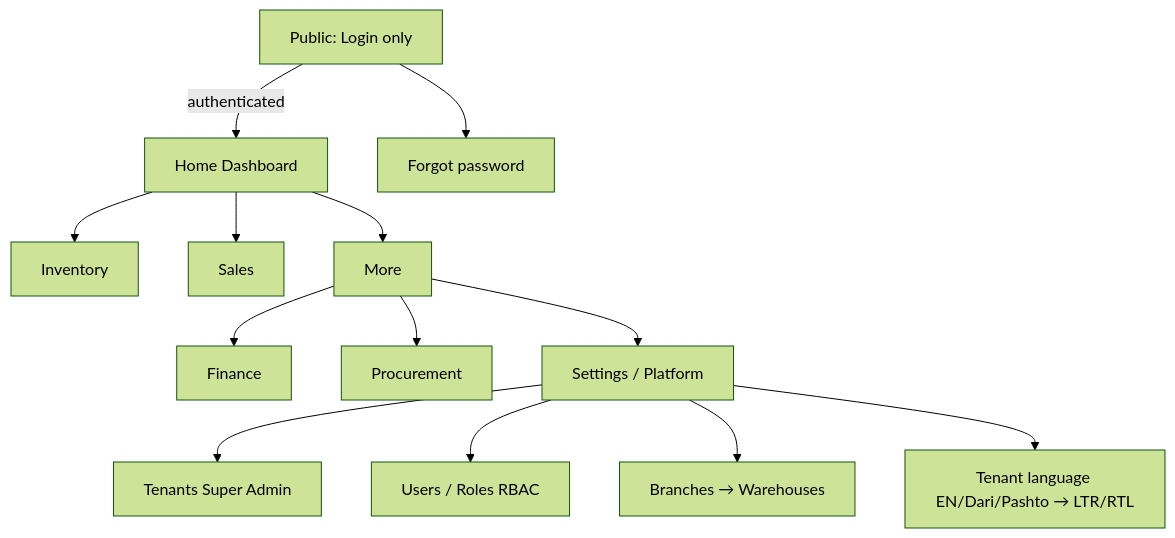
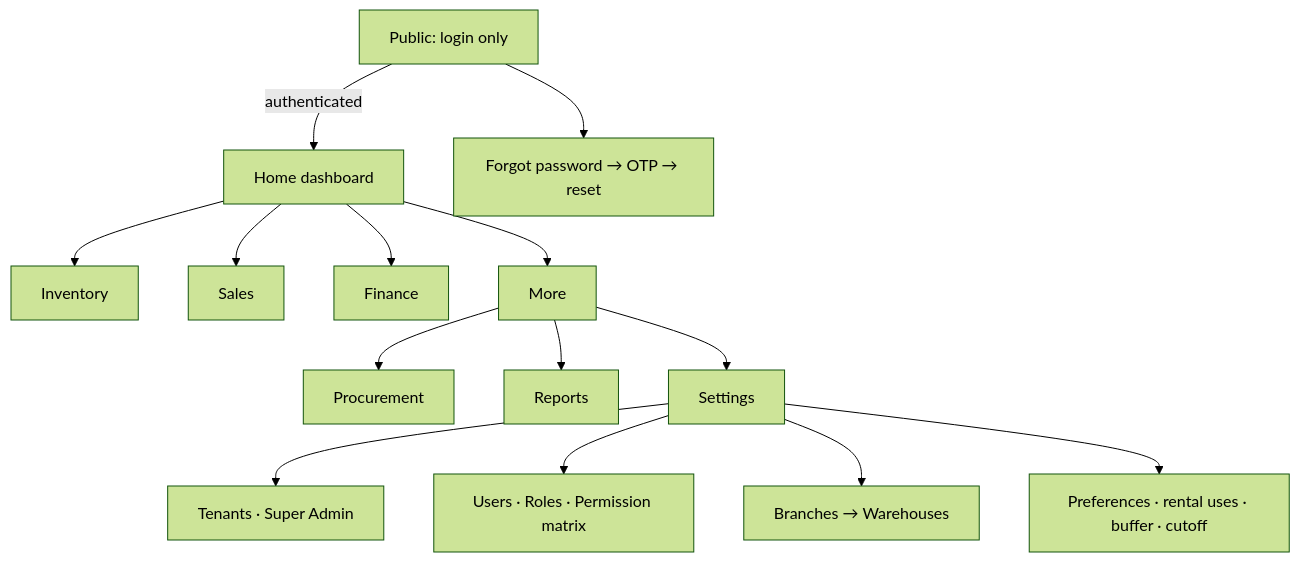
One commit to niaazaai/boms changed the second of 14 diagrams in specs/flows/application-flows.md. Above: the diagram before and after it, drawn with Mermaid (forest theme). The commit also changed other lines of this file and 61 other files, not shown here.

````diff
--- a/specs/flows/application-flows.md
+++ b/specs/flows/application-flows.md
@@ -9,15 +29,16 @@
 ```mermaid
 flowchart TB
-  LOGIN[Public: Login only] -->|authenticated| HOME[Home Dashboard]
-  LOGIN --> FORGOT[Forgot password]
+  LOGIN[Public: login only] -->|authenticated| HOME[Home dashboard]
+  LOGIN --> FORGOT[Forgot password → OTP → reset]
   HOME --> INV[Inventory]
   HOME --> SAL[Sales]
+  HOME --> FIN[Finance]
   HOME --> MORE[More]
-  MORE --> FIN[Finance]
   MORE --> PRC[Procurement]
-  MORE --> SET[Settings / Platform]
-  SET --> TEN[Tenants Super Admin]
-  SET --> USERS[Users / Roles RBAC]
+  MORE --> REP[Reports]
+  MORE --> SET[Settings]
+  SET --> TEN[Tenants · Super Admin]
+  SET --> USERS[Users · Roles · Permission matrix]
   SET --> BR[Branches → Warehouses]
-  SET --> LANG[Tenant language EN/Dari/Pashto → LTR/RTL]
+  SET --> PREF[Preferences · rental uses · buffer · cutoff]
 ```
````
